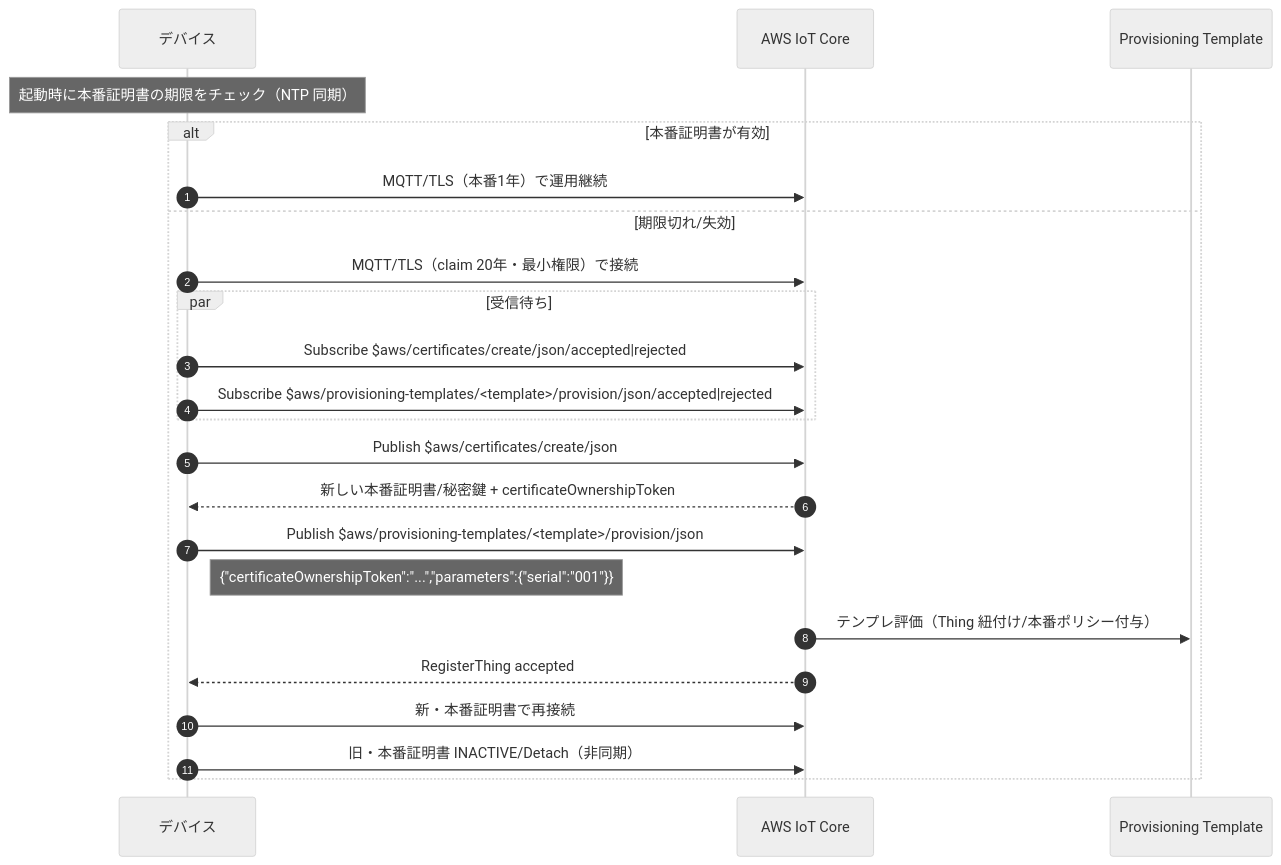
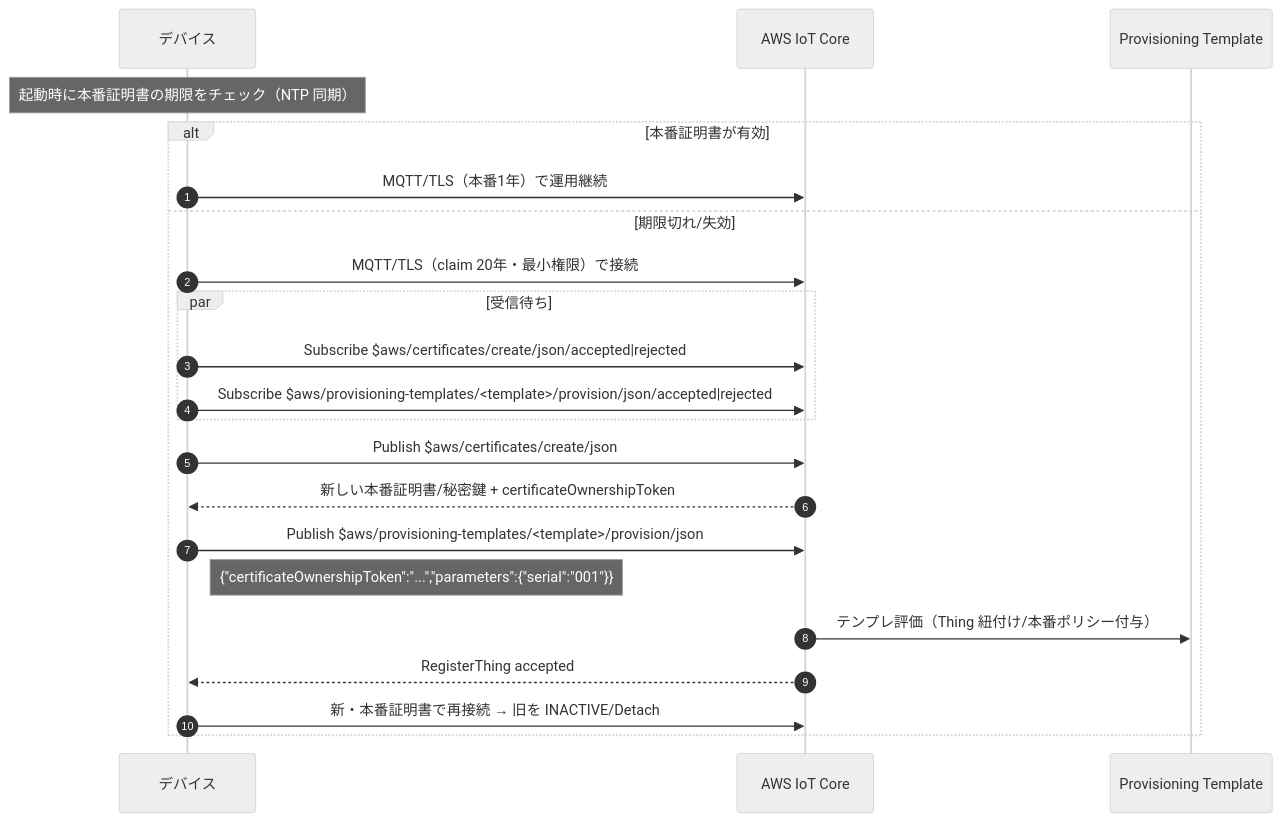
One commit to satorunnlg/iot-gateway-net changed the fourth of 5 diagrams in README.md. Above: the diagram before and after it, drawn with Mermaid (neutral theme). The commit also changed other lines of this file, not shown here.

````diff
--- a/README.md
+++ b/README.md
@@ -173,26 +174,25 @@
 ```mermaid
 sequenceDiagram
   autonumber
   participant R as デバイス
   participant IoT as AWS IoT Core
   participant T as Provisioning Template
 
   Note over R: 起動時に本番証明書の期限をチェック（NTP 同期）
   alt 本番証明書が有効
     R->>IoT: MQTT/TLS（本番1年）で運用継続
   else 期限切れ/失効
     R->>IoT: MQTT/TLS（claim 20年・最小権限）で接続
     par 受信待ち
       R->>IoT: Subscribe $aws/certificates/create/json/accepted|rejected
       R->>IoT: Subscribe $aws/provisioning-templates/<template>/provision/json/accepted|rejected
     end
     R->>IoT: Publish $aws/certificates/create/json
     IoT-->>R: 新しい本番証明書/秘密鍵 + certificateOwnershipToken
     R->>IoT: Publish $aws/provisioning-templates/<template>/provision/json
     Note right of R: {"certificateOwnershipToken":"...","parameters":{"serial":"001"}}
     IoT->>T: テンプレ評価（Thing 紐付け/本番ポリシー付与）
     IoT-->>R: RegisterThing accepted
-    R->>IoT: 新・本番証明書で再接続
-    R->>IoT: 旧・本番証明書 INACTIVE/Detach（非同期）
+    R->>IoT: 新・本番証明書で再接続 → 旧を INACTIVE/Detach
   end
 ```
````
